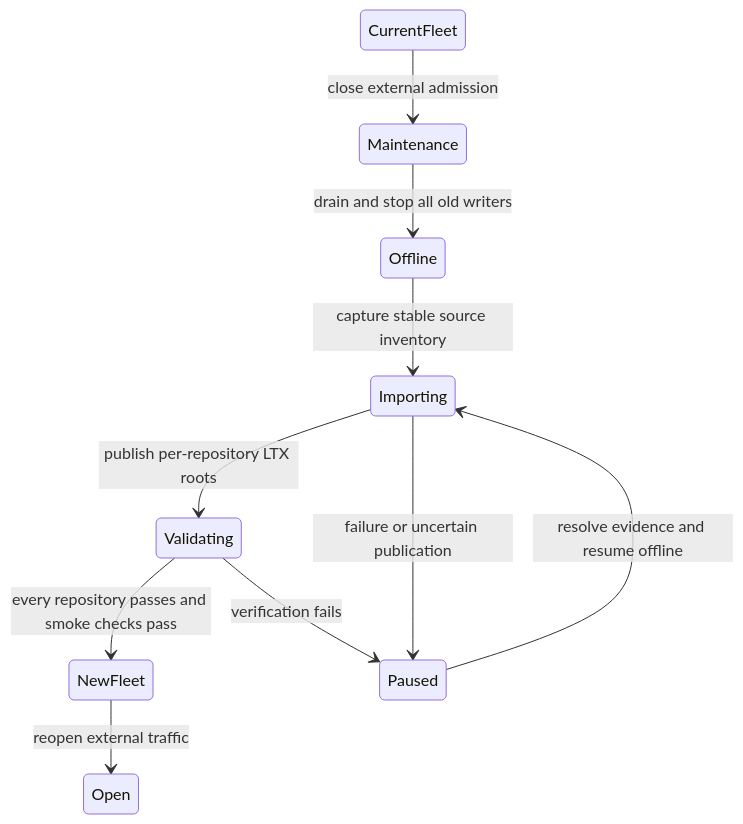
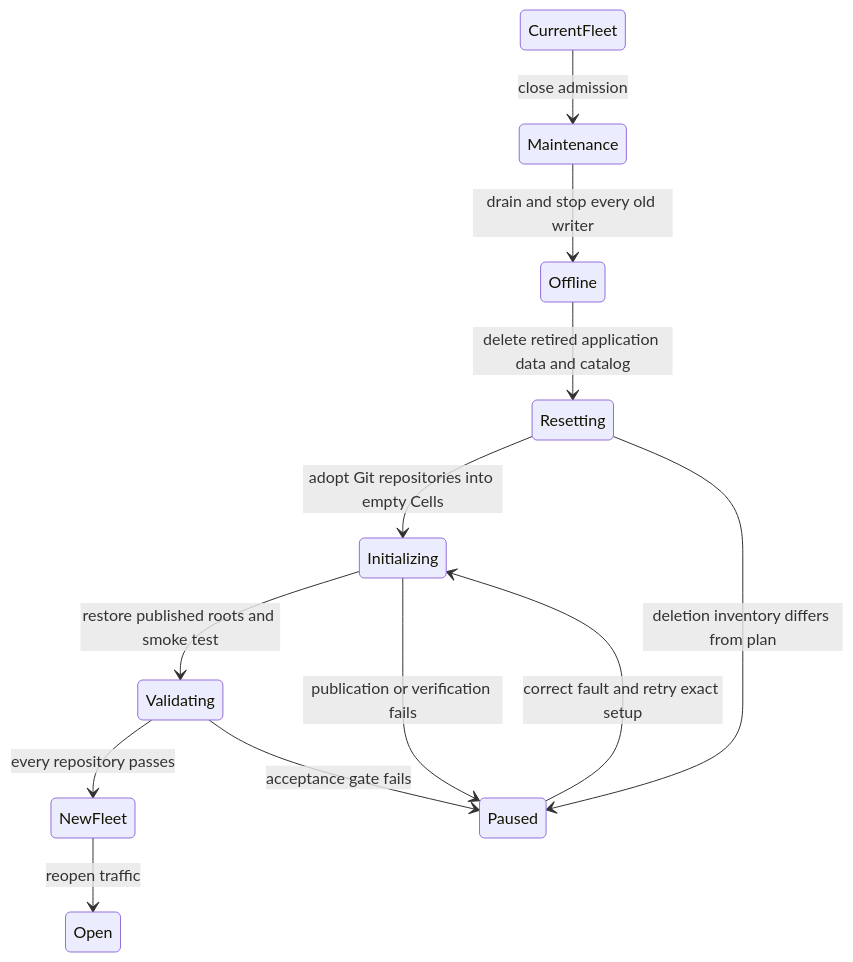
One commit to crabbuild/crab changed the diagram in crates/crab-http-server/next-architecture/hard-cutover.md. Above: the diagram before and after it, drawn with Mermaid. The commit also changed other lines of this file and 32 other files, not shown here.

Commit message:
refactor(http): hard cut repository cells from empty state

````diff
--- a/crates/crab-http-server/next-architecture/hard-cutover.md
+++ b/crates/crab-http-server/next-architecture/hard-cutover.md
@@ -32,12 +38,14 @@
 ```mermaid
 stateDiagram-v2
-    CurrentFleet --> Maintenance: close external admission
-    Maintenance --> Offline: drain and stop all old writers
-    Offline --> Importing: capture stable source inventory
-    Importing --> Validating: publish per-repository LTX roots
-    Validating --> NewFleet: every repository passes and smoke checks pass
-    NewFleet --> Open: reopen external traffic
-    Importing --> Paused: failure or uncertain publication
-    Validating --> Paused: verification fails
-    Paused --> Importing: resolve evidence and resume offline
+    CurrentFleet --> Maintenance: close admission
+    Maintenance --> Offline: drain and stop every old writer
+    Offline --> Resetting: delete retired application data and catalog
+    Resetting --> Initializing: adopt Git repositories into empty Cells
+    Initializing --> Validating: restore published roots and smoke test
+    Validating --> NewFleet: every repository passes
+    NewFleet --> Open: reopen traffic
+    Resetting --> Paused: deletion inventory differs from plan
+    Initializing --> Paused: publication or verification fails
+    Validating --> Paused: acceptance gate fails
+    Paused --> Initializing: correct fault and retry exact setup
 ```
````
